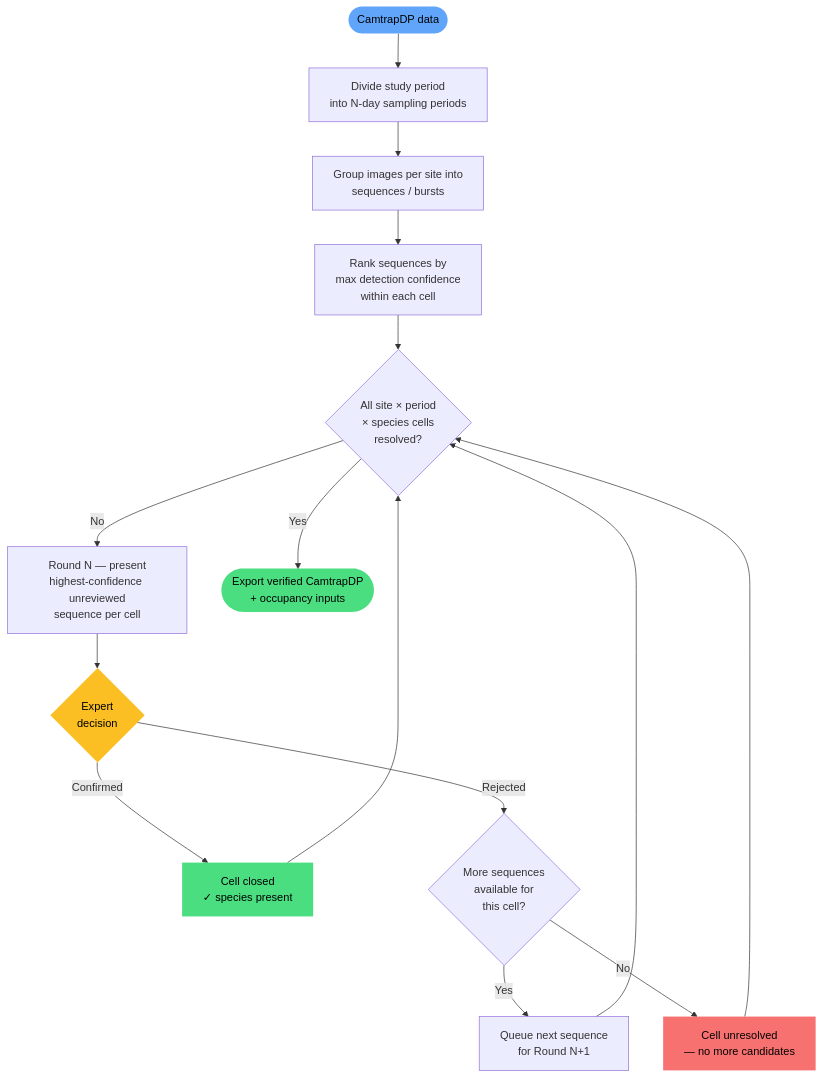
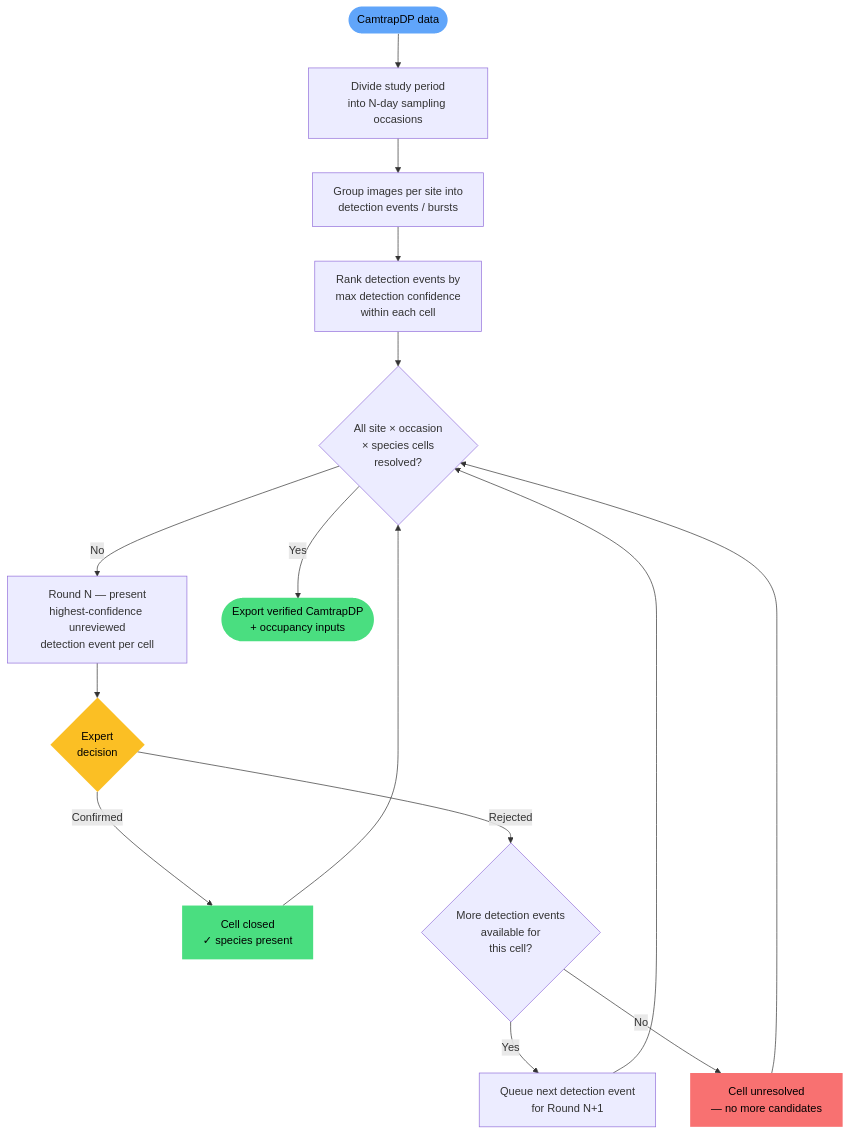
Before and after one commit to wildintelproject/wildintel-trapverify: the diagram in docs/user-manual.md, drawn with Mermaid. The commit also changed other lines of this file and 28 other files, not shown here.

First line of the commit message:
docs: rename "sampling period" to "sampling occasion" and "sequence" to "detection event"

````diff
--- a/docs/user-manual.md
+++ b/docs/user-manual.md
@@ -45,29 +45,29 @@
 ```mermaid
 flowchart TD
-    A([CamtrapDP data]) --> B[Divide study period\ninto N-day sampling periods]
-    B --> C[Group images per site into\nsequences / bursts]
-    C --> D[Rank sequences by\nmax detection confidence\nwithin each cell]
+    A([CamtrapDP data]) --> B[Divide study period\ninto N-day sampling occasions]
+    B --> C[Group images per site into\ndetection events / bursts]
+    C --> D[Rank detection events by\nmax detection confidence\nwithin each cell]
 
-    D --> E{All site × period\n× species cells\nresolved?}
+    D --> E{All site × occasion\n× species cells\nresolved?}
 
-    E -- No --> F[Round N — present\nhighest-confidence unreviewed\nsequence per cell]
+    E -- No --> F[Round N — present\nhighest-confidence unreviewed\ndetection event per cell]
     F --> G{Expert\ndecision}
 
     G -- Confirmed --> H[Cell closed\n✓ species present]
-    G -- Rejected --> I{More sequences\navailable for\nthis cell?}
+    G -- Rejected --> I{More detection events\navailable for\nthis cell?}
 
-    I -- Yes --> J[Queue next sequence\nfor Round N+1]
+    I -- Yes --> J[Queue next detection event\nfor Round N+1]
     I -- No --> K[Cell unresolved\n— no more candidates]
 
     H --> E
     J --> E
     K --> E
 
     E -- Yes --> L([Export verified CamtrapDP\n+ occupancy inputs])
 
     style A fill:#60a5fa,color:#000,stroke:none
     style L fill:#4ade80,color:#000,stroke:none
     style H fill:#4ade80,color:#000,stroke:none
     style K fill:#f87171,color:#000,stroke:none
     style G fill:#fbbf24,color:#000,stroke:none
 ```
````
